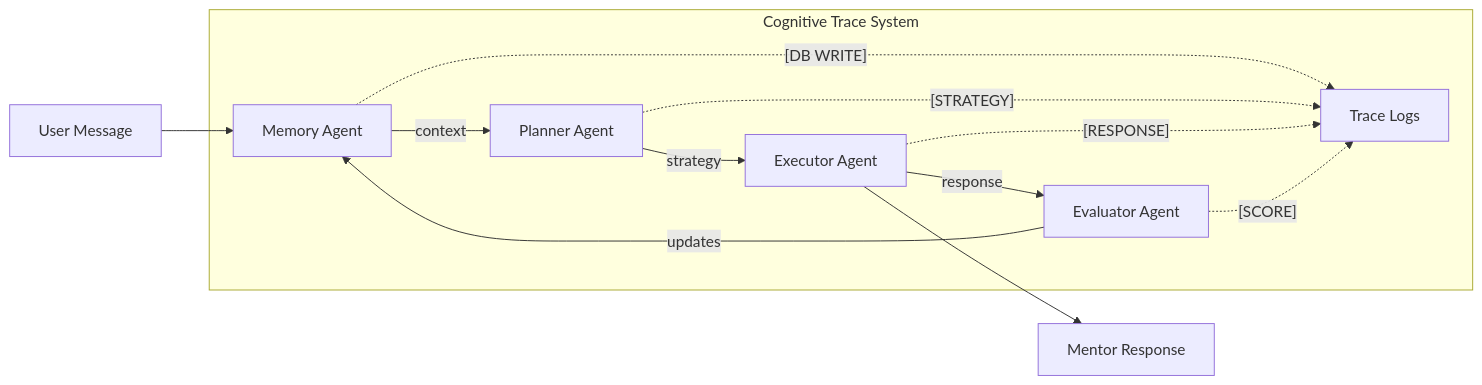
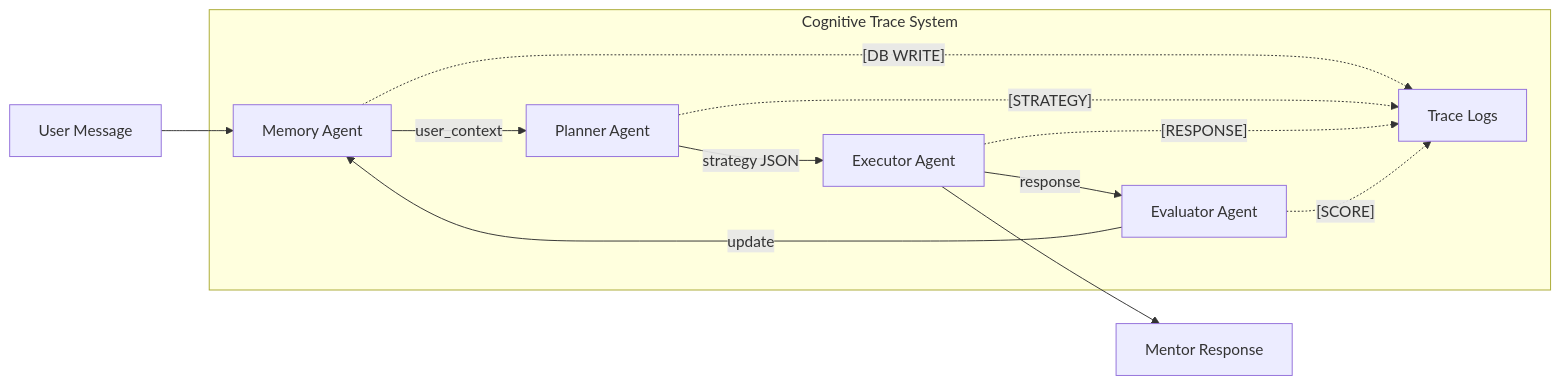
The second of 6 diagrams in README.md (akshanshmaurya/Synapse), drawn with Mermaid before and after one commit. The commit also changed other lines of this file and 10 other files, not shown here.

````diff
--- a/README.md
+++ b/README.md
@@ -93,17 +162,17 @@
 ```mermaid
 flowchart LR
     MSG[User Message] --> MEM[Memory Agent]
-    MEM --> |context| PLAN[Planner Agent]
-    PLAN --> |strategy| EXEC[Executor Agent]
+    MEM --> |user_context| PLAN[Planner Agent]
+    PLAN --> |strategy JSON| EXEC[Executor Agent]
     EXEC --> |response| EVAL[Evaluator Agent]
-    EVAL --> |updates| MEM
+    EVAL --> |update| MEM
     
     subgraph Logging["Cognitive Trace System"]
         MEM -.-> |"[DB WRITE]"| LOG[Trace Logs]
         PLAN -.-> |"[STRATEGY]"| LOG
         EXEC -.-> |"[RESPONSE]"| LOG
         EVAL -.-> |"[SCORE]"| LOG
     end
     
     EXEC --> RESP[Mentor Response]
 ```
````
